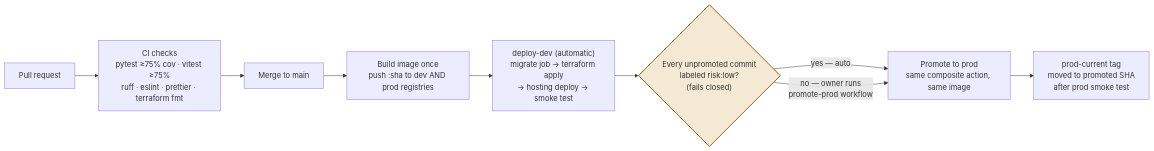
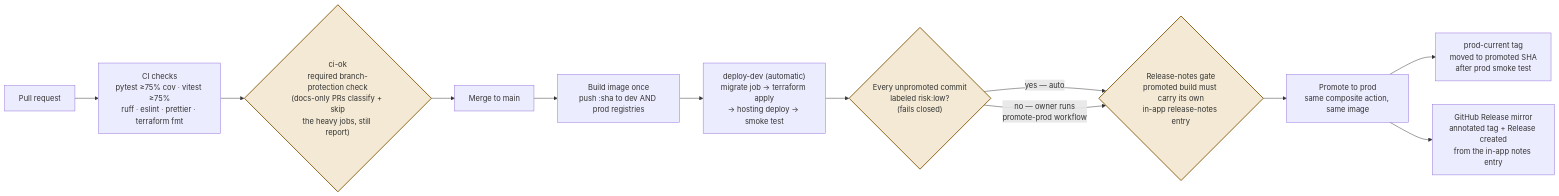
Before and after one commit to whitebreadisu/hyperspacevault: the second of 2 diagrams in specification_documents/architecture/Architecture_Physical.md, drawn with Mermaid. The commit also changed other lines of this file and 11 other files, not shown here.

First line of the commit message:
docs: BL-231 accuracy sweep — HISTORY through v1.4, README features, ADR index/0008, spec fixes, architecture regeneration (#156)

````diff
--- a/specification_documents/architecture/Architecture_Physical.md
+++ b/specification_documents/architecture/Architecture_Physical.md
@@ -50,14 +50,17 @@
 ```mermaid
 flowchart LR
   pr["Pull request"] --> checks["CI checks<br/>pytest ≥75% cov · vitest ≥75%<br/>ruff · eslint · prettier · terraform fmt"]
-  checks --> merge["Merge to main"]
+  checks --> ciok{"ci-ok<br/>required branch-protection check<br/>(docs-only PRs classify + skip<br/>the heavy jobs, still report)"}
+  ciok --> merge["Merge to main"]
   merge --> build["Build image once<br/>push :sha to dev AND prod registries"]
   build --> dev["deploy-dev (automatic)<br/>migrate job → terraform apply<br/>→ hosting deploy → smoke test"]
   dev --> gate{"Every unpromoted commit<br/>labeled risk:low?<br/>(fails closed)"}
-  gate -->|"yes — auto"| promote["Promote to prod<br/>same composite action, same image"]
-  gate -->|"no — owner runs<br/>promote-prod workflow"| promote
+  gate -->|"yes — auto"| notes
+  gate -->|"no — owner runs<br/>promote-prod workflow"| notes{"Release-notes gate<br/>promoted build must carry its own<br/>in-app release-notes entry"}
+  notes --> promote["Promote to prod<br/>same composite action, same image"]
   promote --> tag["prod-current tag<br/>moved to promoted SHA<br/>after prod smoke test"]
+  promote --> mirror["GitHub Release mirror<br/>annotated tag + Release created<br/>from the in-app notes entry"]
 
   classDef gatestyle fill:#F3E9D4,stroke:#8A6116,stroke-width:2px;
-  class gate gatestyle;
+  class gate,notes,ciok gatestyle;
 ```
````
